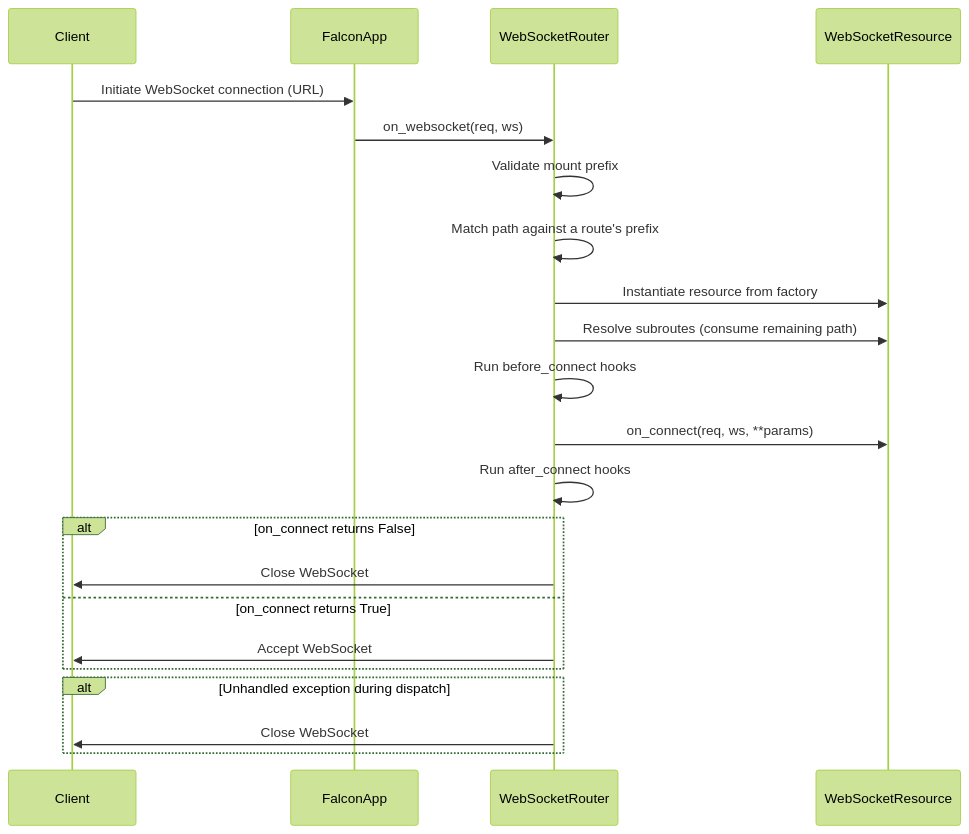
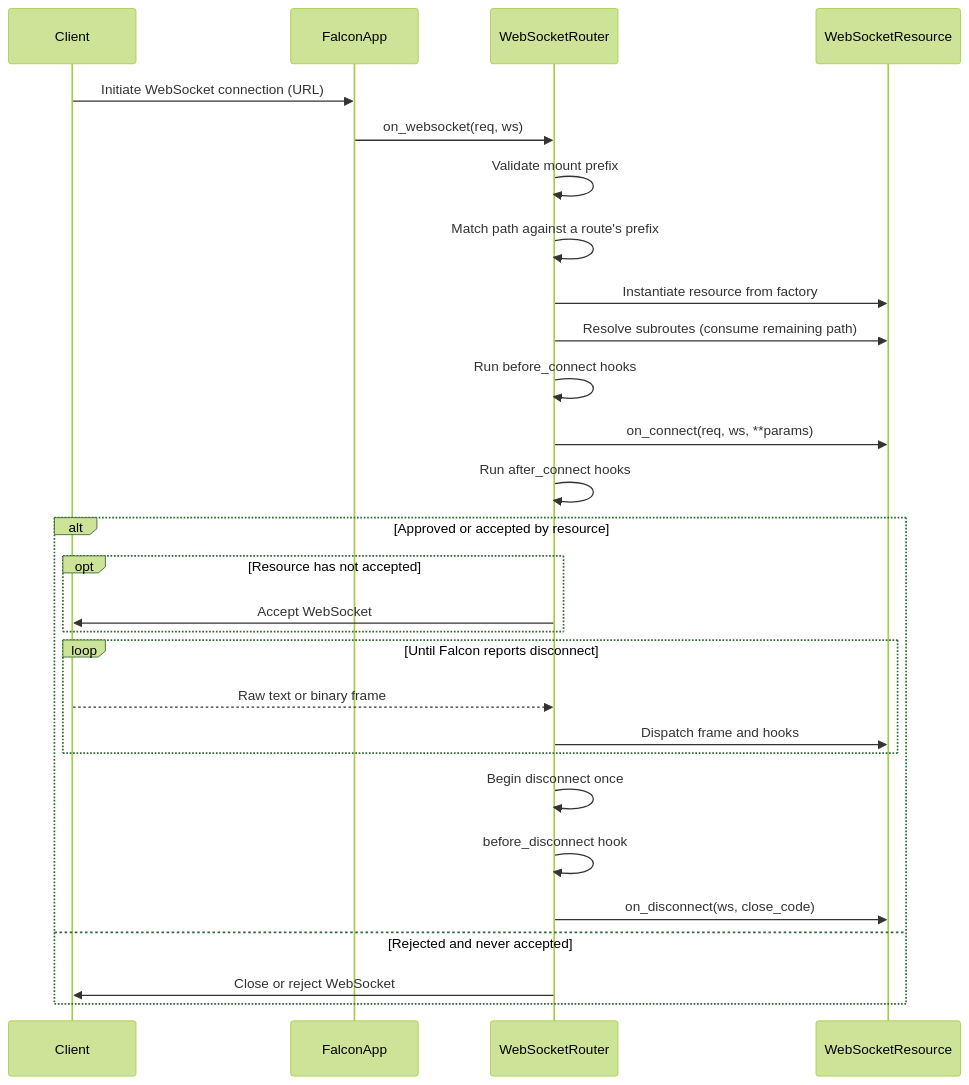
The fourth of 13 diagrams in docs/falcon-websocket-extension-design.md (leynos/falcon-pachinko), drawn with Mermaid (forest theme) before and after one commit. The commit also changed other lines of this file and 27 other files, not shown here.

First line of the commit message:
Implement WebSocket disconnect lifecycle

````diff
--- a/docs/falcon-websocket-extension-design.md
+++ b/docs/falcon-websocket-extension-design.md
@@ -990,25 +987,31 @@
 ```mermaid
 sequenceDiagram
     participant Client
     participant FalconApp
     participant WebSocketRouter
     participant WebSocketResource
 
     Client->>FalconApp: Initiate WebSocket connection (URL)
     FalconApp->>WebSocketRouter: on_websocket(req, ws)
     WebSocketRouter->>WebSocketRouter: Validate mount prefix
     WebSocketRouter->>WebSocketRouter: Match path against a route's prefix
     WebSocketRouter->>WebSocketResource: Instantiate resource from factory
     WebSocketRouter->>WebSocketResource: Resolve subroutes (consume remaining path)
     WebSocketRouter->>WebSocketRouter: Run before_connect hooks
     WebSocketRouter->>WebSocketResource: on_connect(req, ws, **params)
     WebSocketRouter->>WebSocketRouter: Run after_connect hooks
-    alt on_connect returns False
-        WebSocketRouter->>Client: Close WebSocket
-    else on_connect returns True
-        WebSocketRouter->>Client: Accept WebSocket
-    end
-    alt Unhandled exception during dispatch
-        WebSocketRouter->>Client: Close WebSocket
+    alt Approved or accepted by resource
+        opt Resource has not accepted
+            WebSocketRouter->>Client: Accept WebSocket
+        end
+        loop Until Falcon reports disconnect
+            Client-->>WebSocketRouter: Raw text or binary frame
+            WebSocketRouter->>WebSocketResource: Dispatch frame and hooks
+        end
+        WebSocketRouter->>WebSocketRouter: Begin disconnect once
+        WebSocketRouter->>WebSocketRouter: before_disconnect hook
+        WebSocketRouter->>WebSocketResource: on_disconnect(ws, close_code)
+    else Rejected and never accepted
+        WebSocketRouter->>Client: Close or reject WebSocket
     end
 ```
````
